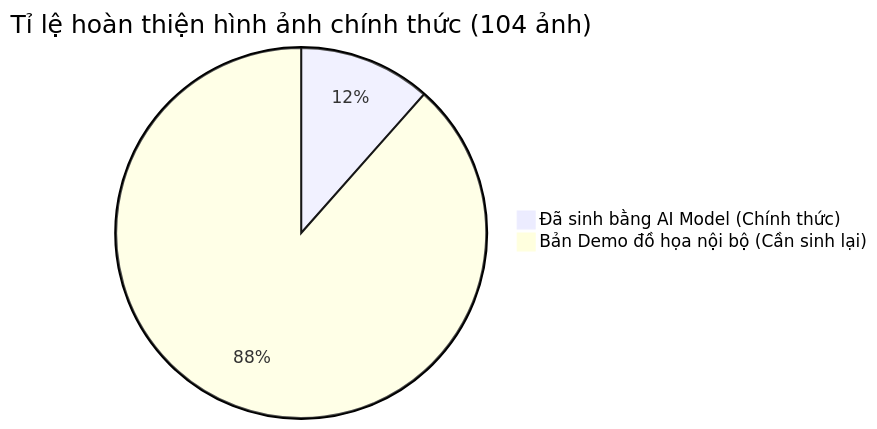
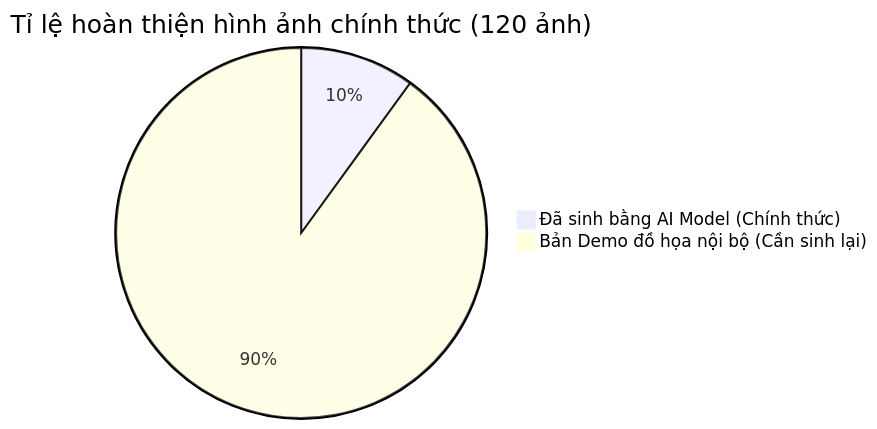
Before and after one commit to luonghuy0406/phaan: the diagram in authoring/IMAGE_GENERATION_TRACKER.md, drawn with Mermaid. The commit also changed other lines of this file and 82 other files, not shown here.

First line of the commit message:
Popup giới thiệu cho mọi hồ sơ, nhãn "Chưa hoàn thiện", cắt ảnh 4 hồ sơ, sửa Hòn Dáu

````diff
--- a/authoring/IMAGE_GENERATION_TRACKER.md
+++ b/authoring/IMAGE_GENERATION_TRACKER.md
@@ -15,5 +15,5 @@
 ```mermaid
-pie title Tỉ lệ hoàn thiện hình ảnh chính thức (104 ảnh)
+pie title Tỉ lệ hoàn thiện hình ảnh chính thức (120 ảnh)
     "Đã sinh bằng AI Model (Chính thức)" : 12
-    "Bản Demo đồ họa nội bộ (Cần sinh lại)" : 92
+    "Bản Demo đồ họa nội bộ (Cần sinh lại)" : 108
 ```
````
